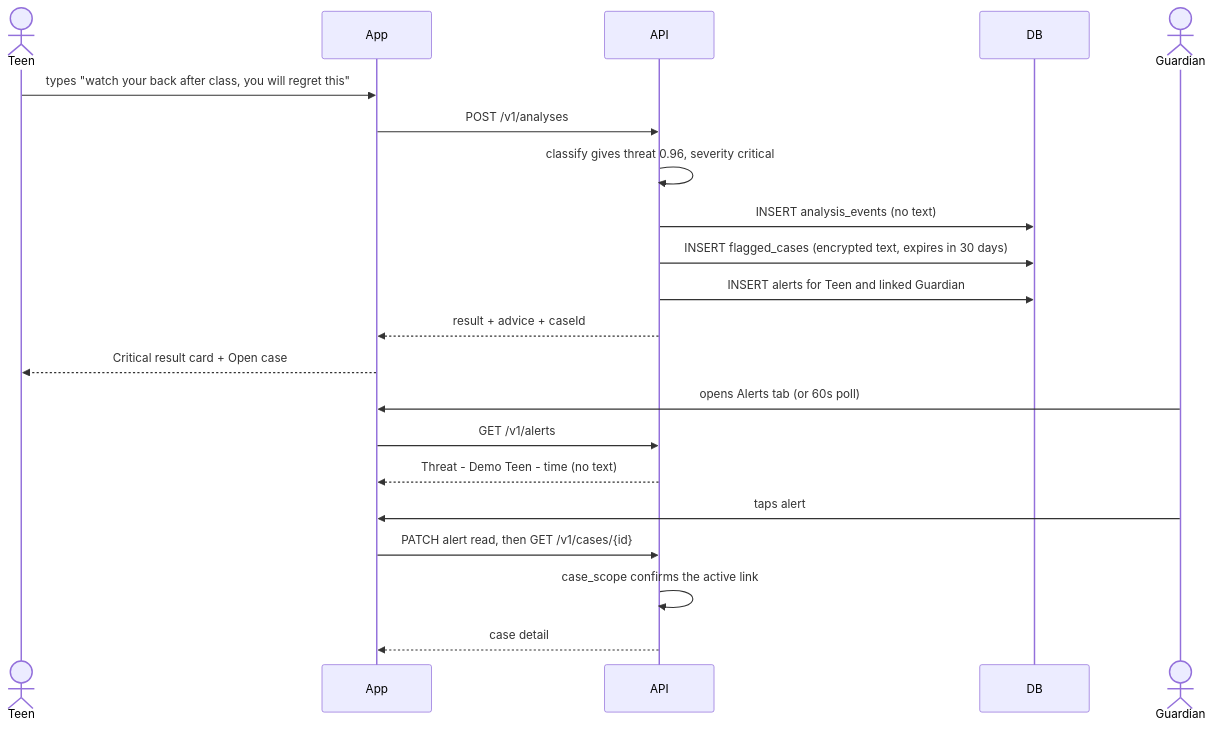
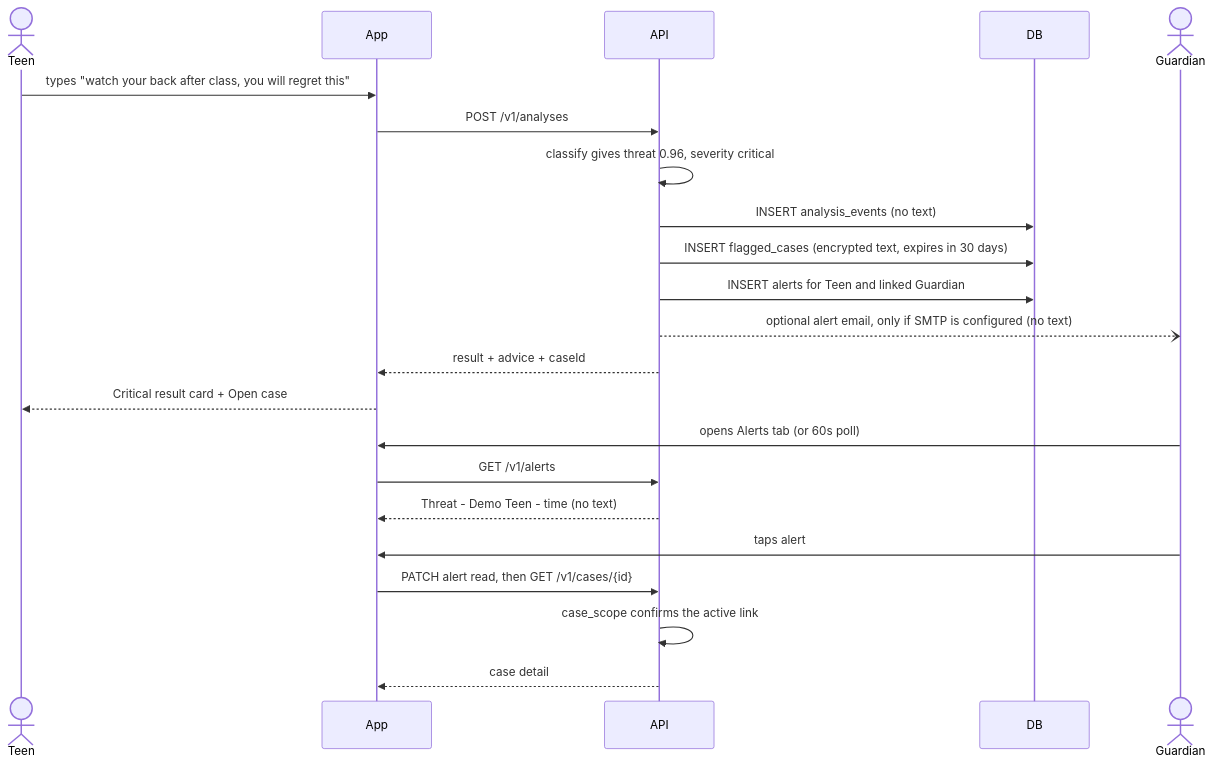
Diagram 20 of 25 in PROJECT_GUIDE.md (abdullah956/a-mbl), drawn with Mermaid before and after one commit. The commit also changed other lines of this file and 12 other files, not shown here.

````diff
--- a/PROJECT_GUIDE.md
+++ b/PROJECT_GUIDE.md
@@ -2480,23 +2804,24 @@
 ```mermaid
 sequenceDiagram
     actor Teen
     participant App
     participant API
     participant DB
     actor Guardian
     Teen->>App: types "watch your back after class, you will regret this"
     App->>API: POST /v1/analyses
     API->>API: classify gives threat 0.96, severity critical
     API->>DB: INSERT analysis_events (no text)
     API->>DB: INSERT flagged_cases (encrypted text, expires in 30 days)
     API->>DB: INSERT alerts for Teen and linked Guardian
+    API--)Guardian: optional alert email, only if SMTP is configured (no text)
     API-->>App: result + advice + caseId
     App-->>Teen: Critical result card + Open case
     Guardian->>App: opens Alerts tab (or 60s poll)
     App->>API: GET /v1/alerts
     API-->>App: Threat - Demo Teen - time (no text)
     Guardian->>App: taps alert
     App->>API: PATCH alert read, then GET /v1/cases/{id}
     API->>API: case_scope confirms the active link
     API-->>App: case detail
 ```
````
